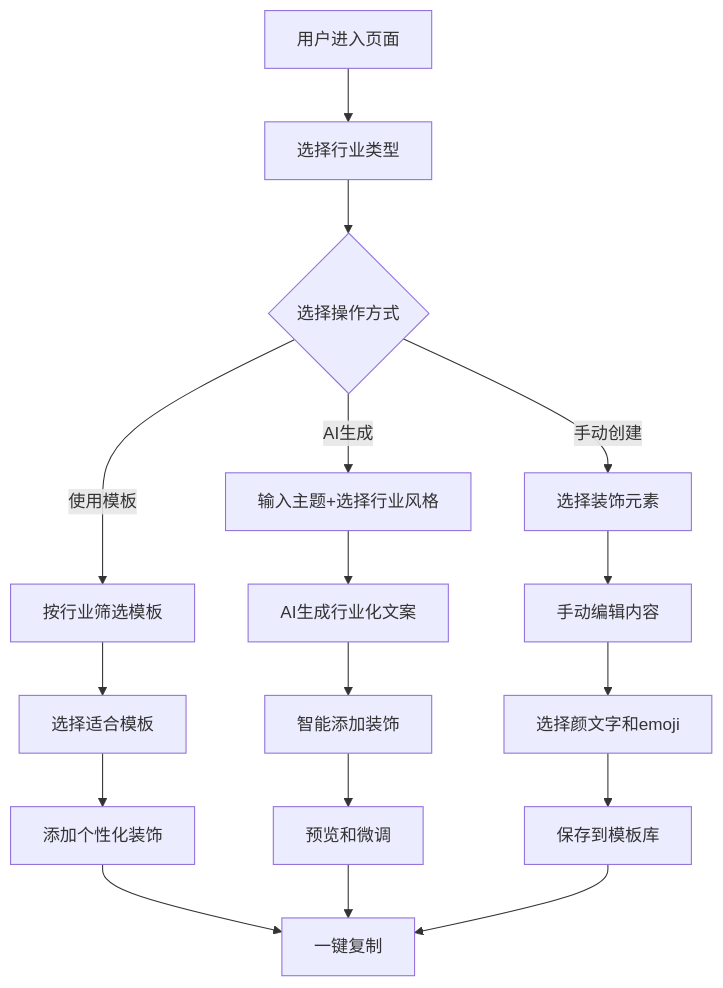
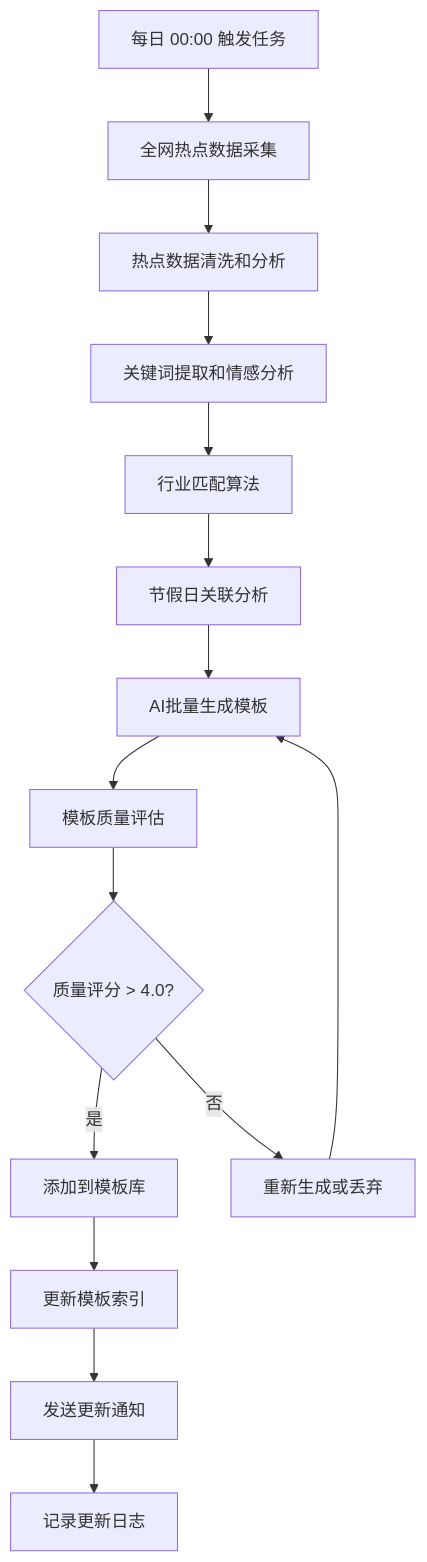
One commit to xiongtingping/wenpai changed the third of 5 diagrams in .qoder/quests/unknown-task.md. Above: the diagram before and after it, drawn with Mermaid. The commit also changed other lines of this file and 1 other file, not shown here.

````diff
--- a/.qoder/quests/unknown-task.md
+++ b/.qoder/quests/unknown-task.md
@@ -416,22 +247,17 @@
 ```mermaid
 flowchart TD
-    A[用户进入页面] --> B[选择行业类型]
-    B --> C{选择操作方式}
-    C -->|使用模板| D[按行业筛选模板]
-    C -->|AI生成| E[输入主题+选择行业风格]
-    C -->|手动创建| F[选择装饰元素]
-    
-    D --> D1[选择适合模板]
-    D1 --> D2[添加个性化装饰]
-    D2 --> G[一键复制]
-    
-    E --> E1[AI生成行业化文案]
-    E1 --> E2[智能添加装饰]
-    E2 --> E3[预览和微调]
-    E3 --> G
-    
-    F --> F1[手动编辑内容]
-    F1 --> F2[选择颜文字和emoji]
-    F2 --> F3[保存到模板库]
-    F3 --> G
+    A[每日 00:00 触发任务] --> B[全网热点数据采集]
+    B --> C[热点数据清洗和分析]
+    C --> D[关键词提取和情感分析]
+    D --> E[行业匹配算法]
+    E --> F[节假日关联分析]
+    F --> G[AI批量生成模板]
+    G --> H[模板质量评估]
+    H --> I{质量评分 > 4.0?}
+    I -->|是| J[添加到模板库]
+    I -->|否| K[重新生成或丢弃]
+    J --> L[更新模板索引]
+    K --> G
+    L --> M[发送更新通知]
+    M --> N[记录更新日志]
 ```
````
